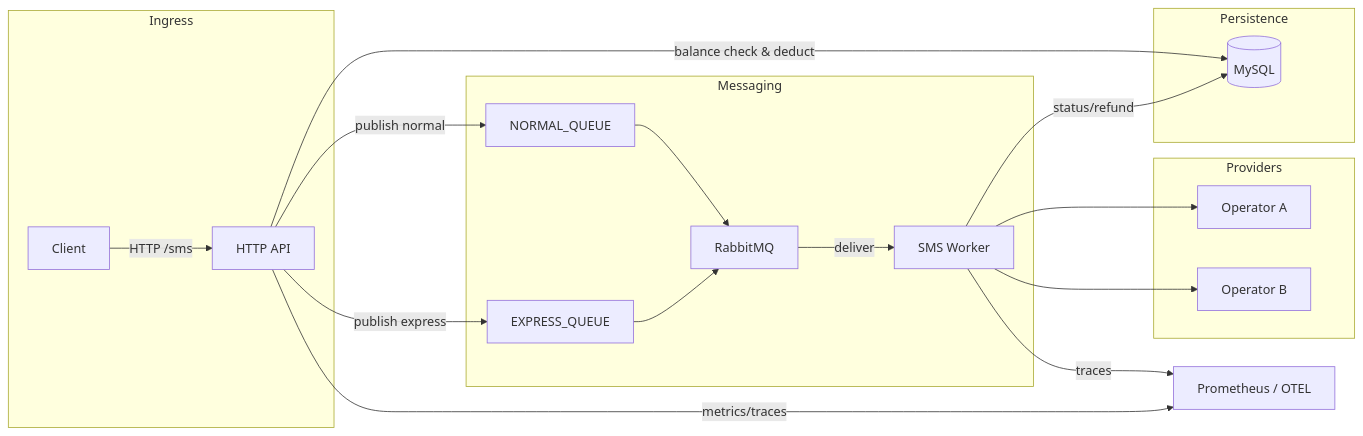
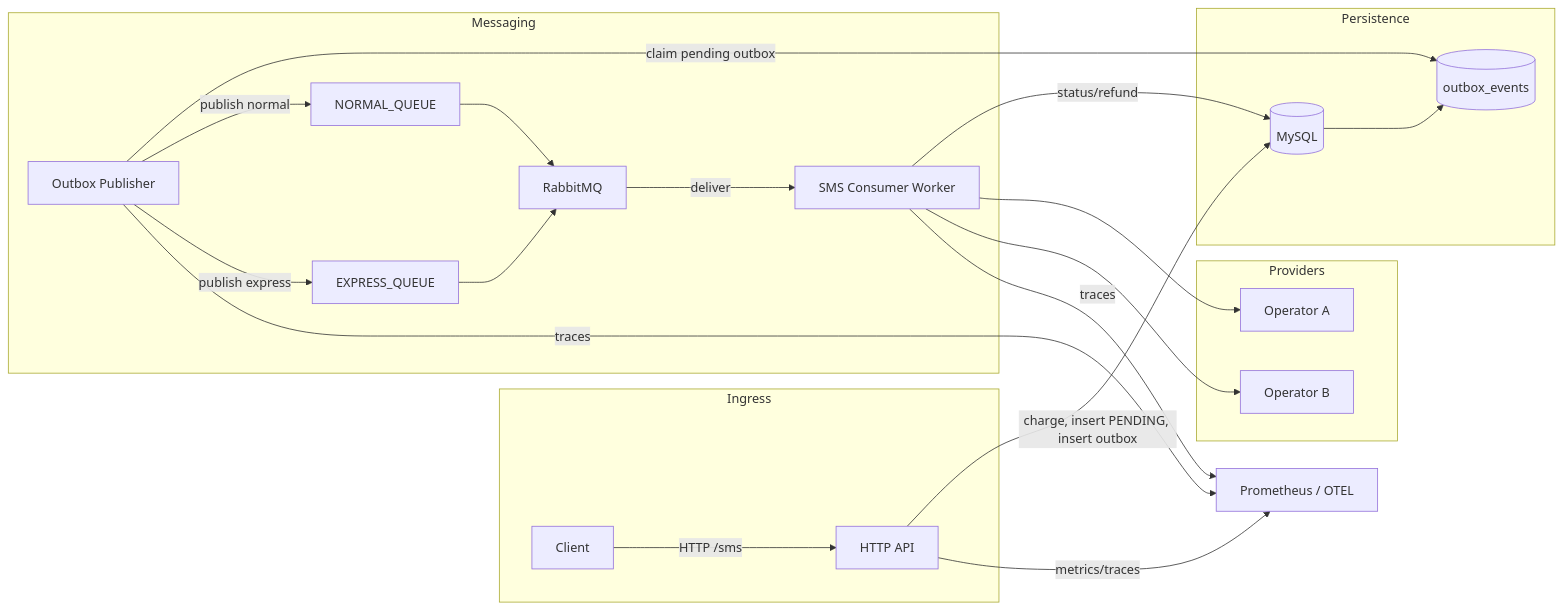
One commit to arminazimi/sms-gateway changed the first of 3 diagrams in README.md. Above: the diagram before and after it, drawn with Mermaid. The commit also changed other lines of this file and 20 other files, not shown here.

Commit message:
Add outbox pattern for SMS processing: implement outbox event handling, update SMS status management, and enhance load testing capabilities. Update README and Makefile for new commands and configuration options.

````diff
--- a/README.md
+++ b/README.md
@@ -19,34 +20,39 @@
 ```mermaid
 graph LR
   subgraph Ingress
     Client[Client]
     API[HTTP API]
   end
   subgraph Persistence
     DB[(MySQL)]
+    OUTBOX[(outbox_events)]
   end
   subgraph Messaging
     MQ[RabbitMQ]
     QN[NORMAL_QUEUE]
     QE[EXPRESS_QUEUE]
-    Worker[SMS Worker]
+    Pub[Outbox Publisher]
+    Worker[SMS Consumer Worker]
   end
   subgraph Providers
     OpA[Operator A]
     OpB[Operator B]
   end
   Obs[Prometheus / OTEL]
 
   Client -->|HTTP /sms| API
-  API -->|balance check & deduct| DB
-  API -->|publish normal| QN
-  API -->|publish express| QE
+  API -->|charge, insert PENDING, insert outbox| DB
+  DB --> OUTBOX
+  Pub -->|claim pending outbox| OUTBOX
+  Pub -->|publish normal| QN
+  Pub -->|publish express| QE
   QN --> MQ
   QE --> MQ
   MQ -->|deliver| Worker
   Worker -->|status/refund| DB
   Worker --> OpA
   Worker --> OpB
   API -->|metrics/traces| Obs
+  Pub -->|traces| Obs
   Worker -->|traces| Obs
 ```
````
